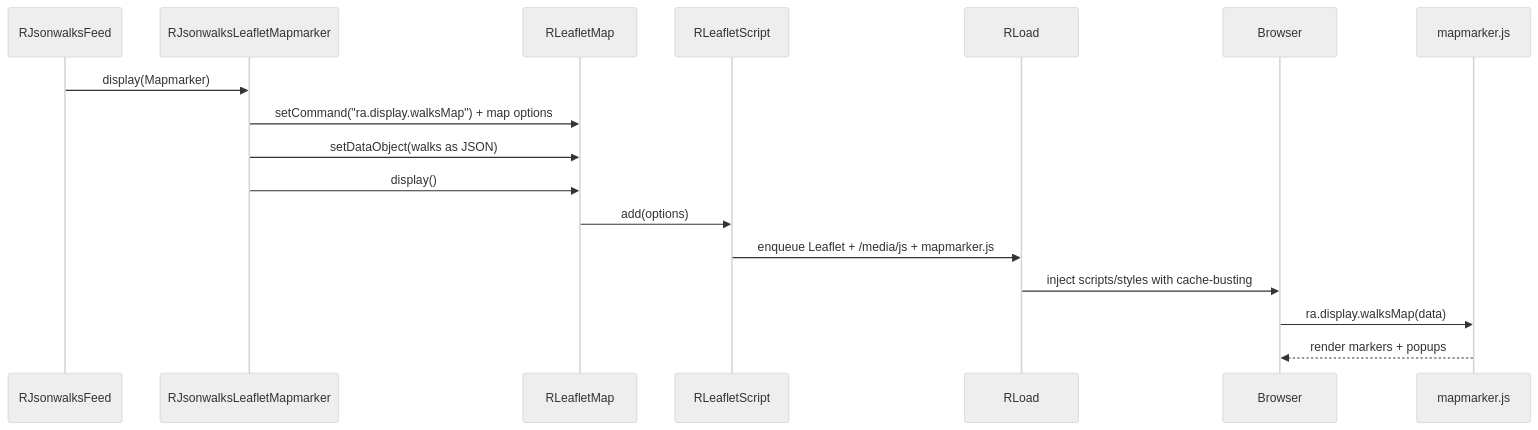
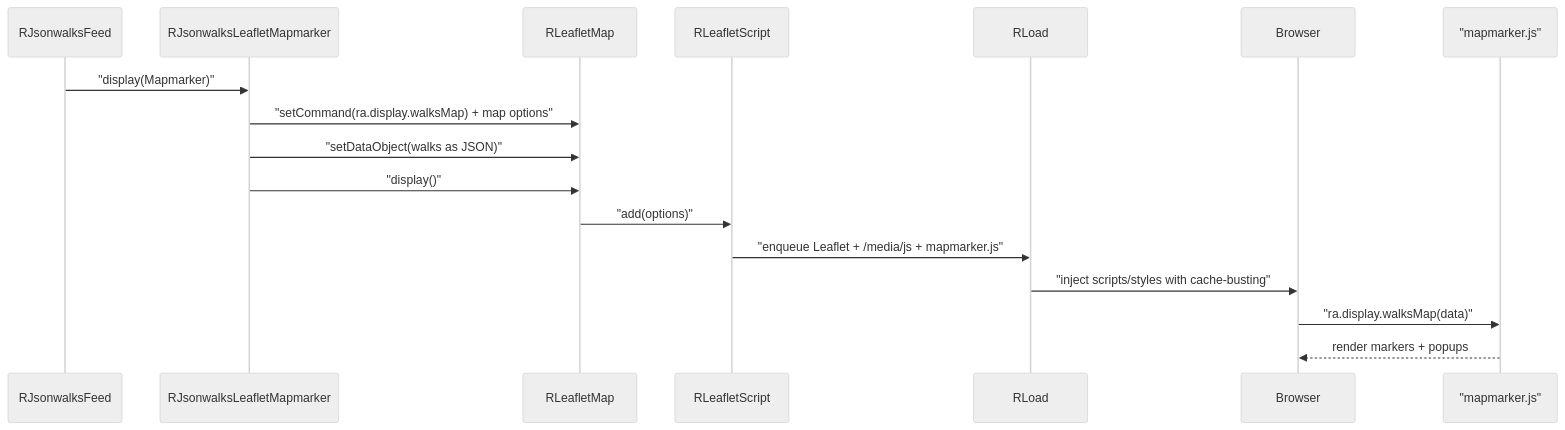
The second of 2 diagrams in jsonwalks/leaflet/HLD.md (pauljrhodes/ramblers-library), drawn with Mermaid (neutral theme) before and after one commit. The commit also changed other lines of this file and 33 other files, not shown here.

First line of the commit message:
Normalize Mermaid diagrams for GitHub rendering (#13)

````diff
--- a/jsonwalks/leaflet/HLD.md
+++ b/jsonwalks/leaflet/HLD.md
@@ -72,20 +72,20 @@
 ```mermaid
 sequenceDiagram
     participant Feed as RJsonwalksFeed
     participant Mapmarker as RJsonwalksLeafletMapmarker
     participant Map as RLeafletMap
     participant Script as RLeafletScript
     participant Load as RLoad
     participant Browser as Browser
-    participant ClientJS as mapmarker.js
+    participant ClientJS as "mapmarker.js"
 
-    Feed->>Mapmarker: display(Mapmarker)
-    Mapmarker->>Map: setCommand("ra.display.walksMap") + map options
-    Mapmarker->>Map: setDataObject(walks as JSON)
-    Mapmarker->>Map: display()
-    Map->>Script: add(options)
-    Script->>Load: enqueue Leaflet + /media/js + mapmarker.js
-    Load->>Browser: inject scripts/styles with cache-busting
-    Browser->>ClientJS: ra.display.walksMap(data)
+    Feed->>Mapmarker: "display(Mapmarker)"
+    Mapmarker->>Map: "setCommand(ra.display.walksMap) + map options"
+    Mapmarker->>Map: "setDataObject(walks as JSON)"
+    Mapmarker->>Map: "display()"
+    Map->>Script: "add(options)"
+    Script->>Load: "enqueue Leaflet + /media/js + mapmarker.js"
+    Load->>Browser: "inject scripts/styles with cache-busting"
+    Browser->>ClientJS: "ra.display.walksMap(data)"
     ClientJS-->>Browser: render markers + popups
 ```
````
